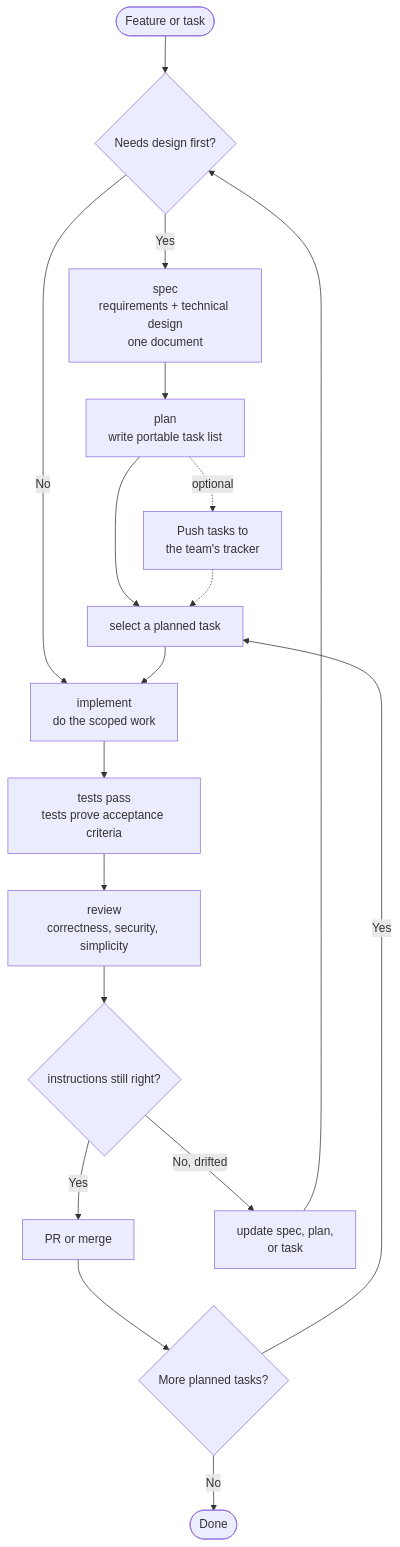
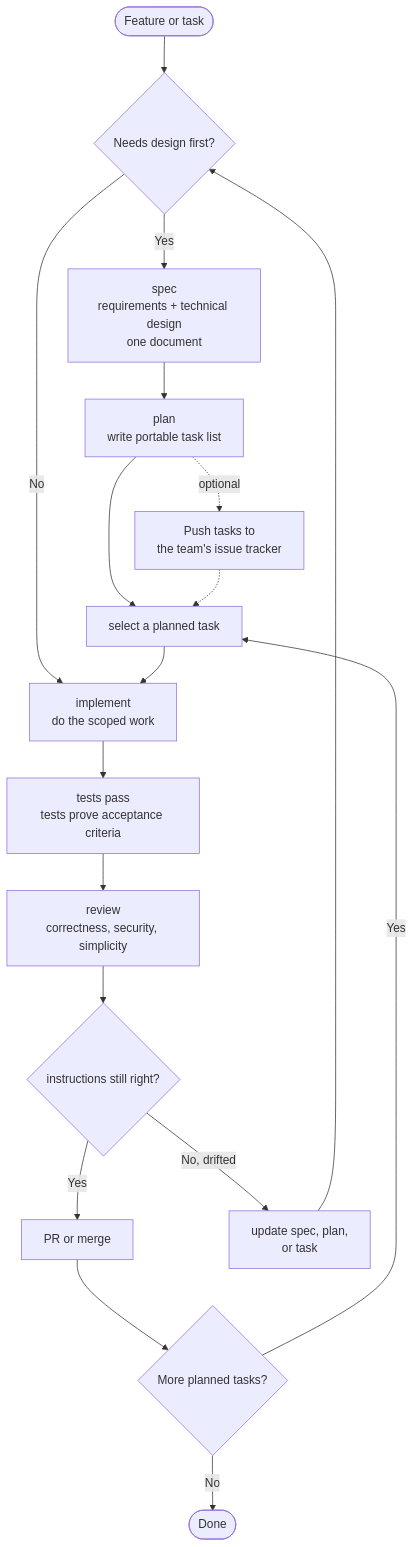
Before and after one commit to owainlewis/blueprint: the diagram in README.md, drawn with Mermaid. The commit also changed other lines of this file and 6 other files, not shown here.

Commit message:
docs: clarify issue tracker wording

````diff
--- a/README.md
+++ b/README.md
@@ -29,20 +29,20 @@
 ```mermaid
 flowchart TD
     Start([Feature or task]) --> Choice{Needs design first?}
     Choice -->|Yes| Spec[spec<br/>requirements + technical design<br/>one document]
     Choice -->|No| Implement[implement<br/>do the scoped work]
     Spec --> Plan[plan<br/>write portable task list]
     Plan --> Task[select a planned task]
-    Plan -. optional .-> Destination[Push tasks to<br/>the team's tracker]
+    Plan -. optional .-> Destination[Push tasks to<br/>the team's issue tracker]
     Destination -.-> Task
     Task --> Implement
     Implement --> Tests[tests pass<br/>tests prove acceptance criteria]
     Tests --> Review[review<br/>correctness, security, simplicity]
     Review --> Decision{instructions still right?}
     Decision -->|Yes| Ship[PR or merge]
     Decision -->|No, drifted| Update[update spec, plan,<br/>or task]
     Update --> Choice
     Ship --> More{More planned tasks?}
     More -->|Yes| Task
     More -->|No| Done([Done])
 ```
````
